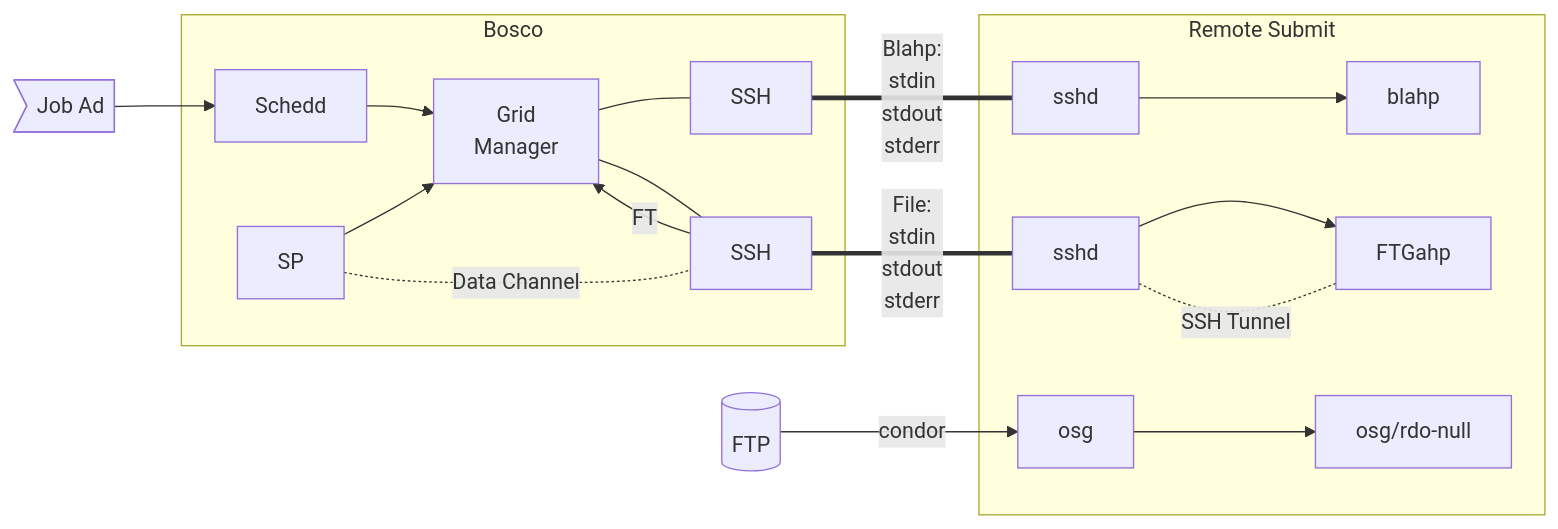
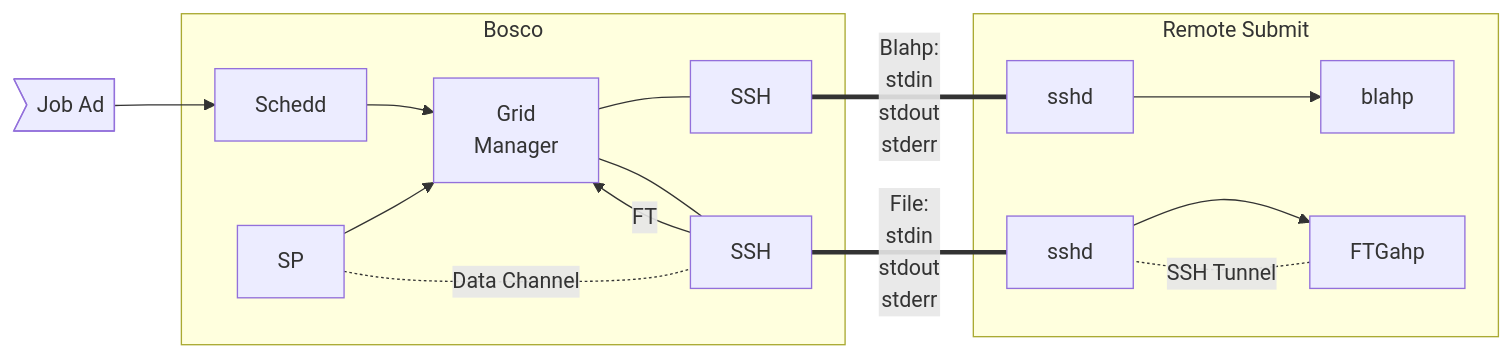
The diagram in Bosco_Diagram.md (rc-jacob/htcondor-ce), drawn with Mermaid before and after one commit.

Commit message:
Removed FTP, OSG, and OSG "RDO-Null" nodes
To be re-added later

````diff
--- a/Bosco_Diagram.md
+++ b/Bosco_Diagram.md
@@ -3,21 +3,19 @@
 ```mermaid
 flowchart LR
 	subgraph Bosco
 		1[Schedd] --> 2[Grid</br>Manager]
 		3[SP] --> 2
 		2 --- 4[SSH]
 		2 --- 5[SSH]
 		5 --> |FT|2
 		3 -. Data Channel .- 5
 	end
 	subgraph Remote Submit
 		a[sshd] --> b[blahp]
 		c[sshd] --> d[FTGahp]
 		d -. SSH Tunnel .- c
-		e[osg] --> f[osg/rdo-null]
 	end
-id1[(FTP)] --> |condor|e
 id2>Job Ad] --> 1
 4 ===|Blahp:</br>stdin</br>stdout</br>stderr| a
 5 ===|File:</br>stdin</br>stdout</br>stderr| c
 ```
````
